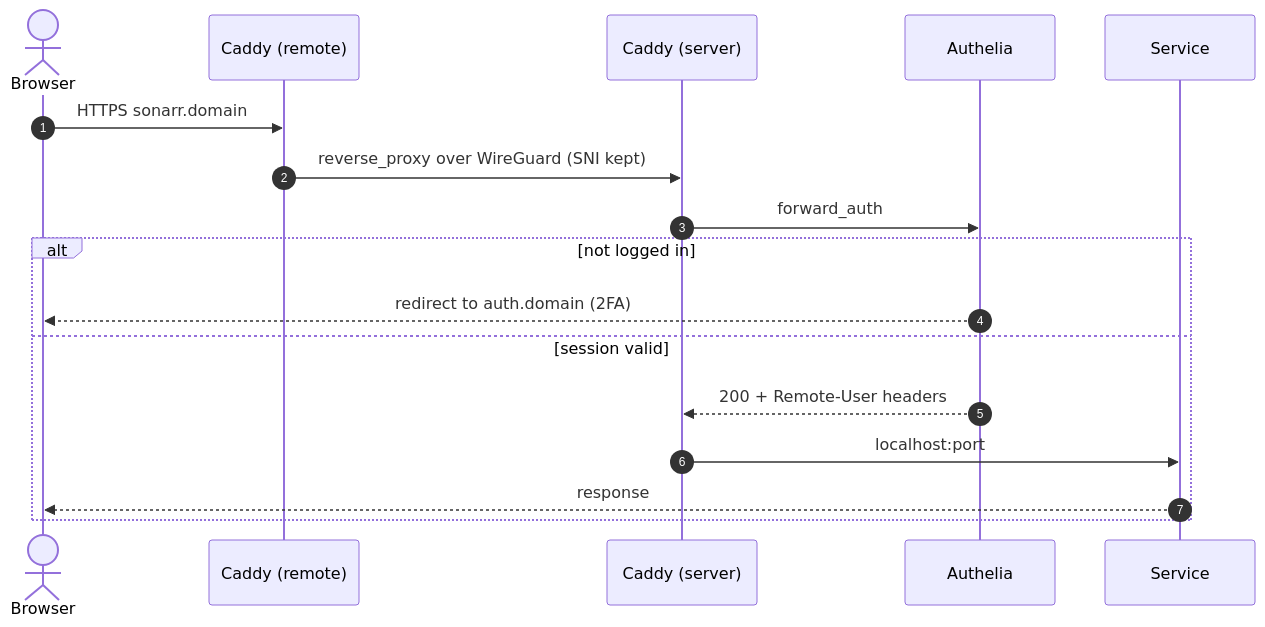
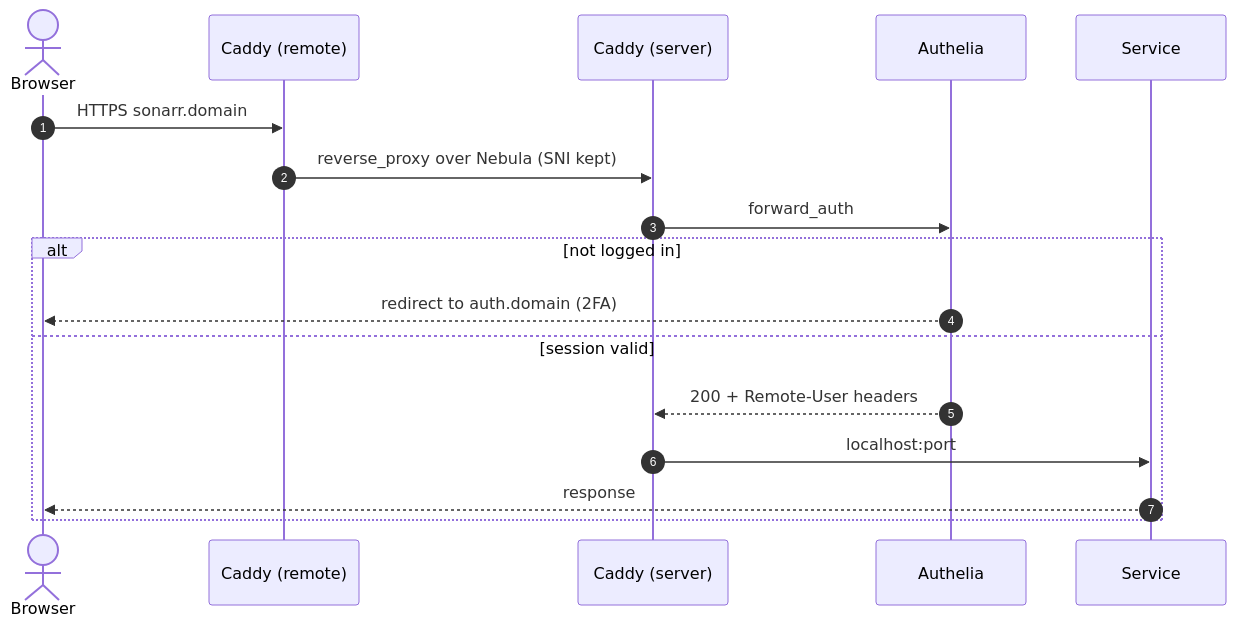
One commit to LeVraiBaptiste/nixos changed the second of 4 diagrams in README.md. Above: the diagram before and after it, drawn with Mermaid. The commit also changed other lines of this file and 14 other files, not shown here.

````diff
--- a/README.md
+++ b/README.md
@@ -55,20 +57,20 @@
 ```mermaid
 sequenceDiagram
     autonumber
     actor U as Browser
     participant E as Caddy (remote)
     participant C as Caddy (server)
     participant A as Authelia
     participant S as Service
 
     U->>E: HTTPS sonarr.domain
-    E->>C: reverse_proxy over WireGuard (SNI kept)
+    E->>C: reverse_proxy over Nebula (SNI kept)
     C->>A: forward_auth
     alt not logged in
         A-->>U: redirect to auth.domain (2FA)
     else session valid
         A-->>C: 200 + Remote-User headers
         C->>S: localhost:port
         S-->>U: response
     end
 ```
````
